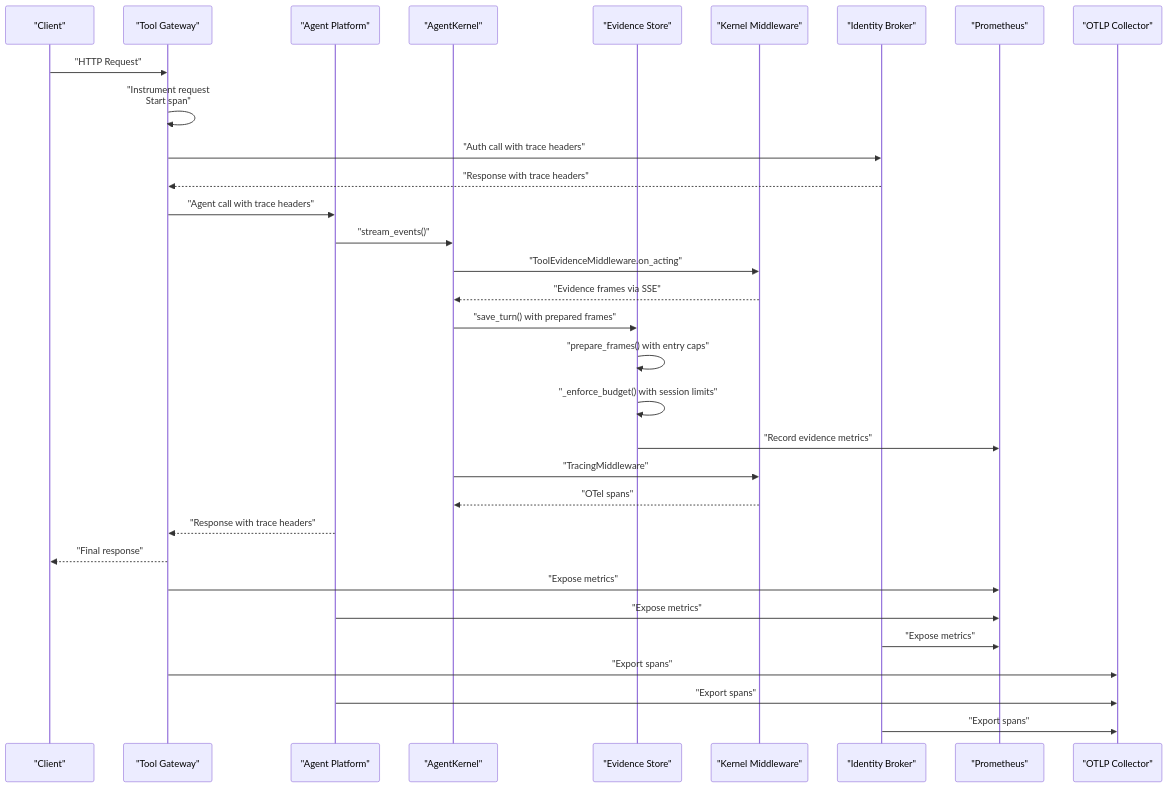
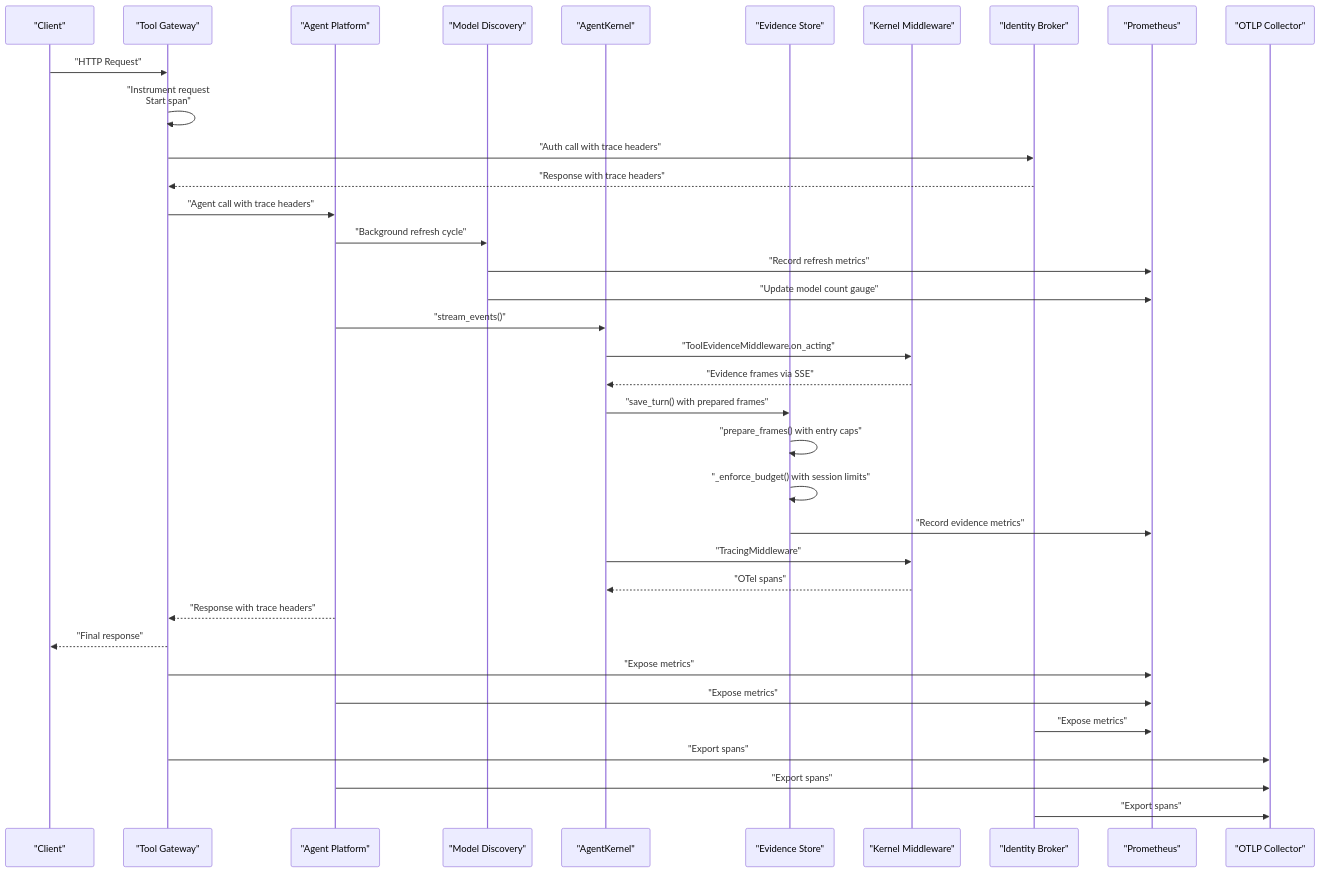
One commit to metasync/luban-aiops changed the second of 3 diagrams in .qoder/repowiki/en/content/Agent Platform Service/Observability and Monitoring.md. Above: the diagram before and after it, drawn with Mermaid. The commit also changed other lines of this file and 7 other files, not shown here.

````diff
--- a/.qoder/repowiki/en/content/Agent Platform Service/Observability and Monitoring.md
+++ b/.qoder/repowiki/en/content/Agent Platform Service/Observability and Monitoring.md
@@ -184,34 +193,38 @@
 ```mermaid
 sequenceDiagram
 participant Client as "Client"
 participant Gateway as "Tool Gateway"
 participant Agent as "Agent Platform"
+participant Discovery as "Model Discovery"
 participant Kernel as "AgentKernel"
 participant EvidenceStore as "Evidence Store"
 participant Middleware as "Kernel Middleware"
 participant Identity as "Identity Broker"
 participant Prom as "Prometheus"
 participant OTLP as "OTLP Collector"
 Client->>Gateway : "HTTP Request"
 Gateway->>Gateway : "Instrument request<br/>Start span"
 Gateway->>Identity : "Auth call with trace headers"
 Identity-->>Gateway : "Response with trace headers"
 Gateway->>Agent : "Agent call with trace headers"
+Agent->>Discovery : "Background refresh cycle"
+Discovery->>Prom : "Record refresh metrics"
+Discovery->>Prom : "Update model count gauge"
 Agent->>Kernel : "stream_events()"
 Kernel->>Middleware : "ToolEvidenceMiddleware.on_acting"
 Middleware-->>Kernel : "Evidence frames via SSE"
 Kernel->>EvidenceStore : "save_turn() with prepared frames"
 EvidenceStore->>EvidenceStore : "prepare_frames() with entry caps"
 EvidenceStore->>EvidenceStore : "_enforce_budget() with session limits"
 EvidenceStore->>Prom : "Record evidence metrics"
 Kernel->>Middleware : "TracingMiddleware"
 Middleware-->>Kernel : "OTel spans"
 Agent-->>Gateway : "Response with trace headers"
 Gateway-->>Client : "Final response"
 Gateway->>Prom : "Expose metrics"
 Agent->>Prom : "Expose metrics"
 Identity->>Prom : "Expose metrics"
 Gateway->>OTLP : "Export spans"
 Agent->>OTLP : "Export spans"
 Identity->>OTLP : "Export spans"
 ```
````
